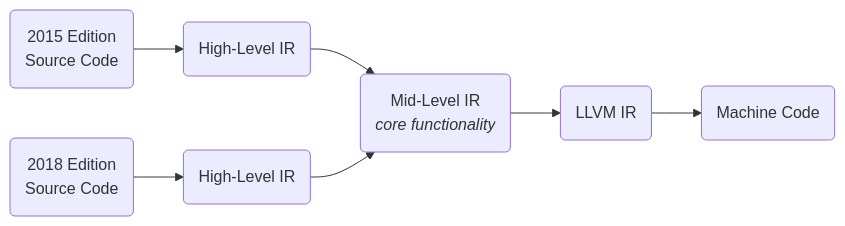
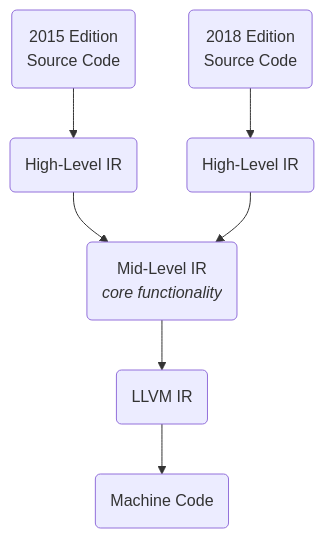
The diagram in notes/rust.md (Bricktech2000/Notes), drawn with Mermaid before and after one commit. The commit also changed other lines of this file and 163 other files, not shown here.

````diff
--- a/notes/rust.md
+++ b/notes/rust.md
@@ -114,15 +114,15 @@
 ```mermaid
-graph LR;
+graph TD;
 
 A(2015 Edition<br>Source Code)
 B(2018 Edition<br>Source Code)
 A_HIR(High-Level IR)
 B_HIR(High-Level IR)
 MIR(Mid-Level IR<br><em>core functionality</em>)
 LLVM_IR(LLVM IR)
 MACHINE_CODE(Machine Code)
 
 A --> A_HIR --> MIR
 B --> B_HIR --> MIR
 MIR --> LLVM_IR --> MACHINE_CODE
 ```
````
